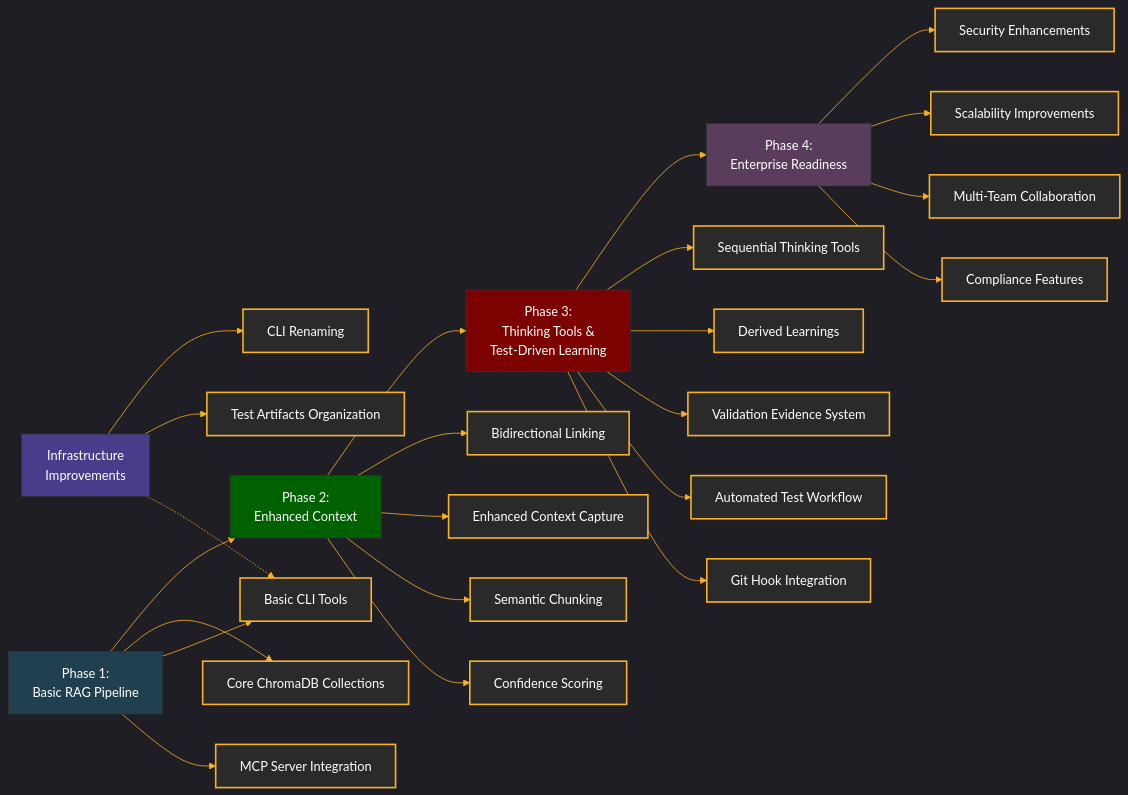
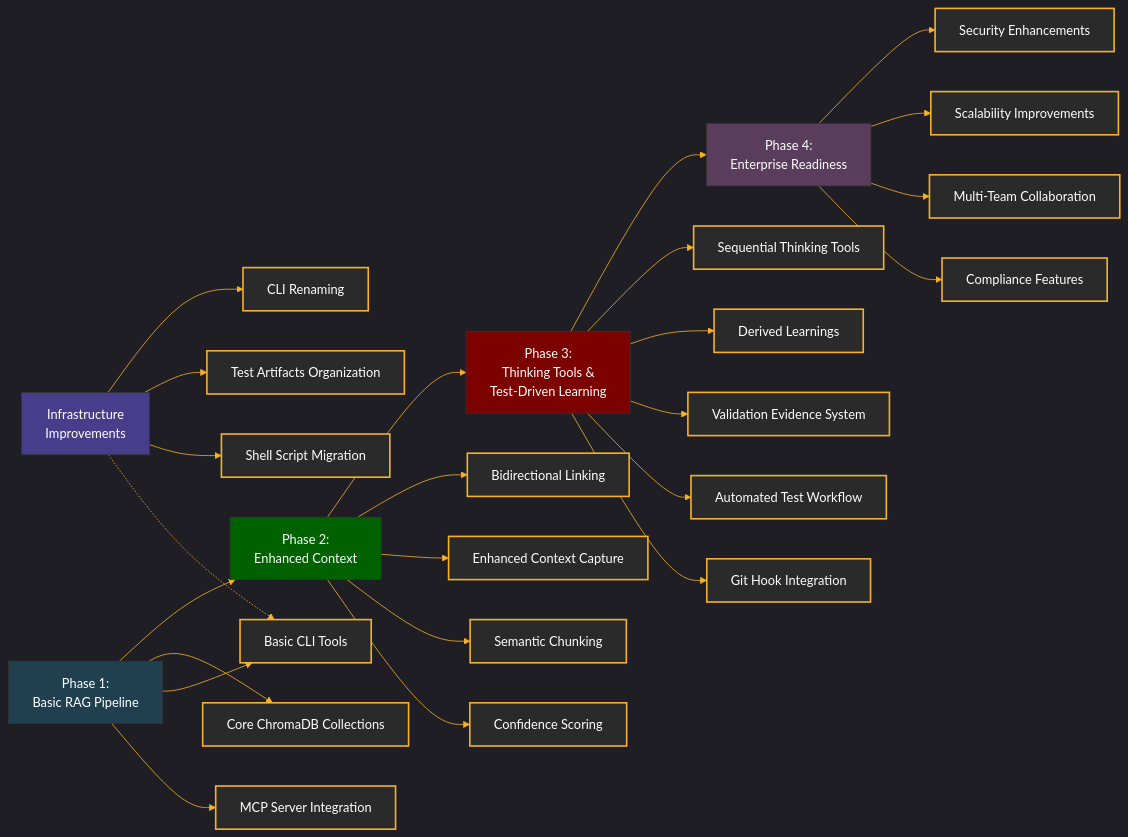
The diagram in docs/refactoring/README.md (somebloke1/chroma_mcp_server), drawn with Mermaid before and after one commit. The commit also changed other lines of this file and 50 other files, not shown here.

````diff
--- a/docs/refactoring/README.md
+++ b/docs/refactoring/README.md
@@ -26,53 +28,54 @@
 ```mermaid
 %%{init: {
   'theme': 'dark',
   'themeVariables': {
     'primaryColor': '#2a2a2a',
     'primaryTextColor': '#fff',
     'primaryBorderColor': '#7C0200',
     'lineColor': '#F8B229',
     'secondaryColor': '#006100',
     'tertiaryColor': '#204050'
   }
 }}%%
 flowchart LR
     classDef phase1 fill:#204050,stroke:#333,stroke-width:1px,color:white
     classDef phase2 fill:#006100,stroke:#333,stroke-width:1px,color:white
     classDef phase3 fill:#7C0200,stroke:#333,stroke-width:1px,color:white
     classDef phase4 fill:#5a3d5c,stroke:#333,stroke-width:1px,color:white
     classDef component fill:#2a2a2a,stroke:#F8B229,stroke-width:2px,color:white
     classDef infra fill:#483D8B,stroke:#333,stroke-width:1px,color:white
     
     %% Timeline flow
     P1[Phase 1:\nBasic RAG Pipeline]:::phase1 --> P2[Phase 2:\nEnhanced Context]:::phase2 --> P3[Phase 3:\nThinking Tools &\nTest-Driven Learning]:::phase3 --> P4[Phase 4:\nEnterprise Readiness]:::phase4
     
     %% Infrastructure improvements
     INFRA[Infrastructure\nImprovements]:::infra
     INFRA --> CR[CLI Renaming]:::component
     INFRA --> TA[Test Artifacts Organization]:::component
+    INFRA --> SSM[Shell Script Migration]:::component
     
     %% Phase 1 components
     P1 --> CR1[Core ChromaDB Collections]:::component
     P1 --> CLI1[Basic CLI Tools]:::component
     P1 --> MCP1[MCP Server Integration]:::component
     INFRA -.-> CLI1
 
     %% Phase 2 components
     P2 --> BL[Bidirectional Linking]:::component
     P2 --> EC[Enhanced Context Capture]:::component
     P2 --> SC[Semantic Chunking]:::component
     P2 --> CS[Confidence Scoring]:::component
     
     %% Phase 3 components
     P3 --> TT[Sequential Thinking Tools]:::component
     P3 --> DL[Derived Learnings]:::component
     P3 --> VE[Validation Evidence System]:::component
     P3 --> TW[Automated Test Workflow]:::component
     P3 --> GH[Git Hook Integration]:::component
     
     %% Phase 4 components (planned)
     P4 --> SE[Security Enhancements]:::component
     P4 --> SC2[Scalability Improvements]:::component
     P4 --> MT[Multi-Team Collaboration]:::component
     P4 --> CO[Compliance Features]:::component
 ```
````
